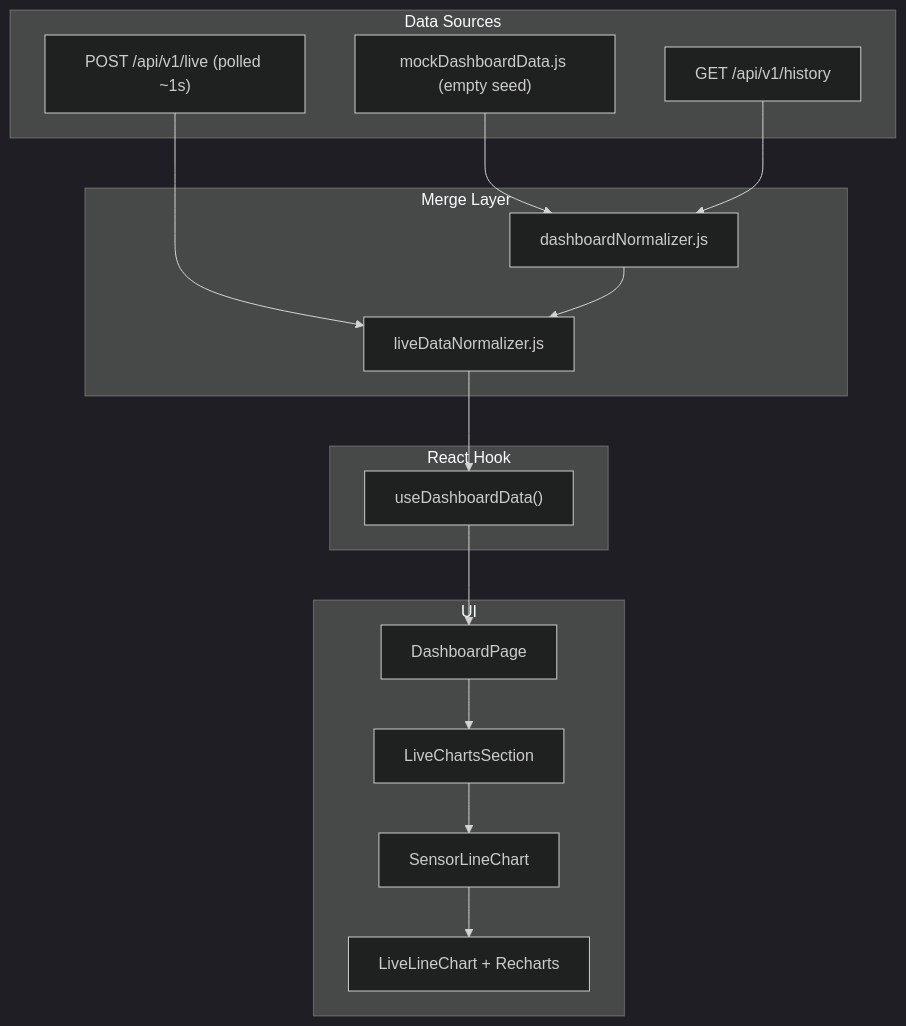
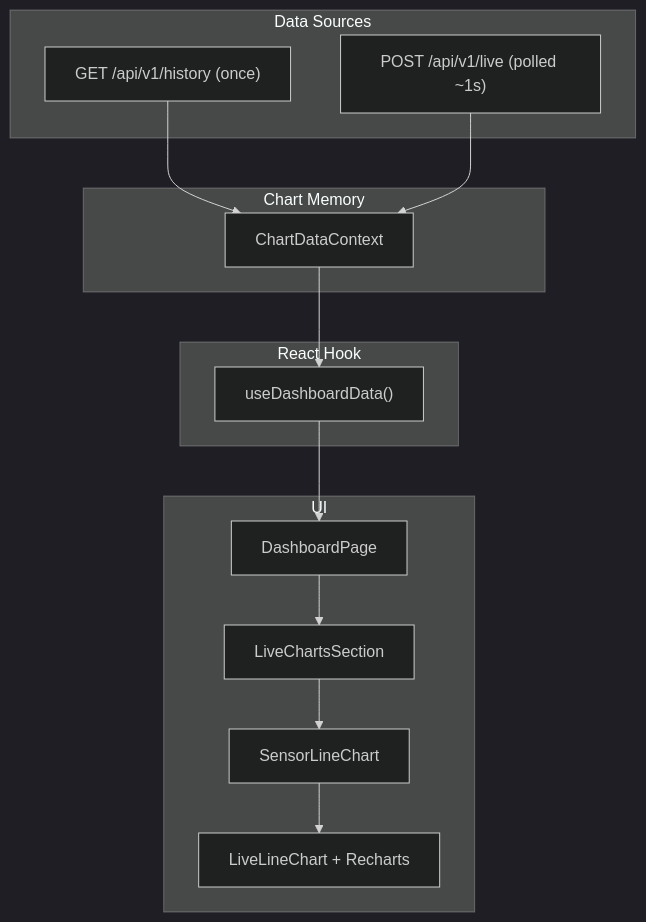
One commit to mostafayman14/predictive-maintenance-2 changed the first of 3 diagrams in docs/CHARTS.md. Above: the diagram before and after it, drawn with Mermaid (dark theme). The commit also changed other lines of this file and 20 other files, not shown here.

Commit message:
charts issues

````diff
--- a/docs/CHARTS.md
+++ b/docs/CHARTS.md
@@ -39,34 +39,30 @@
 ```mermaid
 flowchart TB
   subgraph sources [Data Sources]
-    Mock["mockDashboardData.js (empty seed)"]
-    REST["GET /api/v1/history"]
+    REST["GET /api/v1/history (once)"]
     Poll["POST /api/v1/live (polled ~1s)"]
   end
 
-  subgraph merge [Merge Layer]
-    Normalizer["dashboardNormalizer.js"]
-    LiveMerge["liveDataNormalizer.js"]
+  subgraph store [Chart Memory]
+    ChartCtx["ChartDataContext"]
   end
 
   subgraph hook [React Hook]
     useDashboard["useDashboardData()"]
   end
 
   subgraph ui [UI]
     Page["DashboardPage"]
     Section["LiveChartsSection"]
     Wrapper["SensorLineChart"]
     Chart["LiveLineChart + Recharts"]
   end
 
-  Mock --> Normalizer
-  REST --> Normalizer
-  Poll --> LiveMerge
-  Normalizer --> LiveMerge
-  LiveMerge --> useDashboard
+  REST --> ChartCtx
+  Poll --> ChartCtx
+  ChartCtx --> useDashboard
   useDashboard --> Page
   Page --> Section
   Section --> Wrapper
   Wrapper --> Chart
 ```
````
